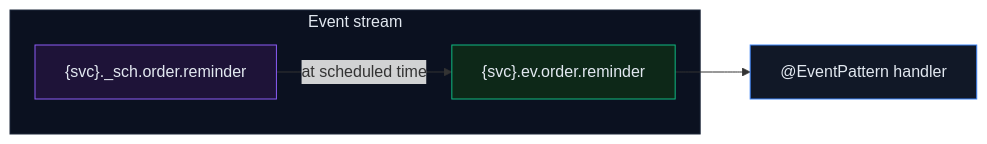
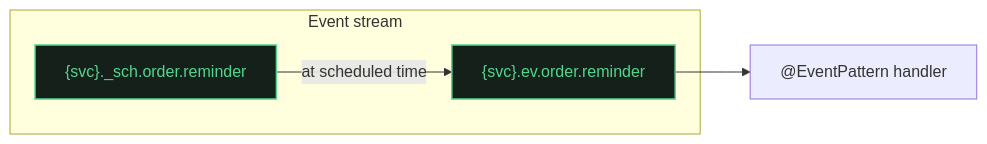
The diagram in website/docs/guides/scheduling.md (HorizonRepublic/nestjs-jetstream), drawn with Mermaid before and after one commit. The commit also changed 37 other files, not shown here.

````diff
--- a/website/docs/guides/scheduling.md
+++ b/website/docs/guides/scheduling.md
@@ -78,15 +78,13 @@
 ```mermaid
 flowchart LR
     subgraph stream["Event stream"]
         sch["{svc}._sch.order.reminder"]
         ev["{svc}.ev.order.reminder"]
     end
 
     sch -- "at scheduled time" --> ev
     ev --> handler["@EventPattern handler"]
 
-    style stream fill:#0B1120,stroke:#1E293B,color:#E2E8F0
-    style sch fill:#1E1338,stroke:#8B5CF6,color:#E2E8F0
-    style ev fill:#0D2818,stroke:#10B981,color:#E2E8F0
-    style handler fill:#111827,stroke:#3B82F6,color:#E2E8F0
+    classDef lib fill:#16201a,stroke:#52d68e,stroke-width:1.5px,color:#52d68e;
+    class sch,ev lib;
 ```
````
